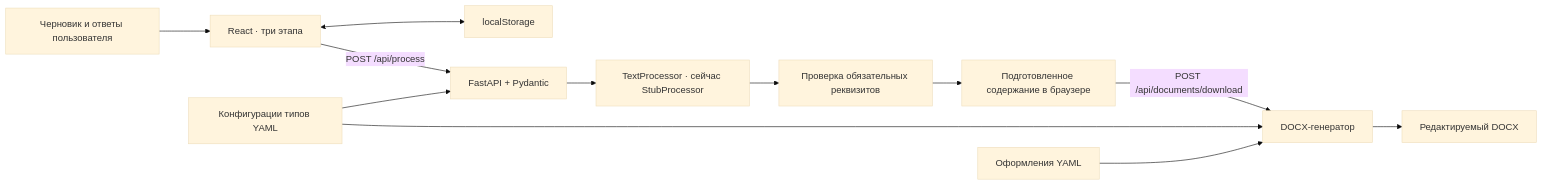
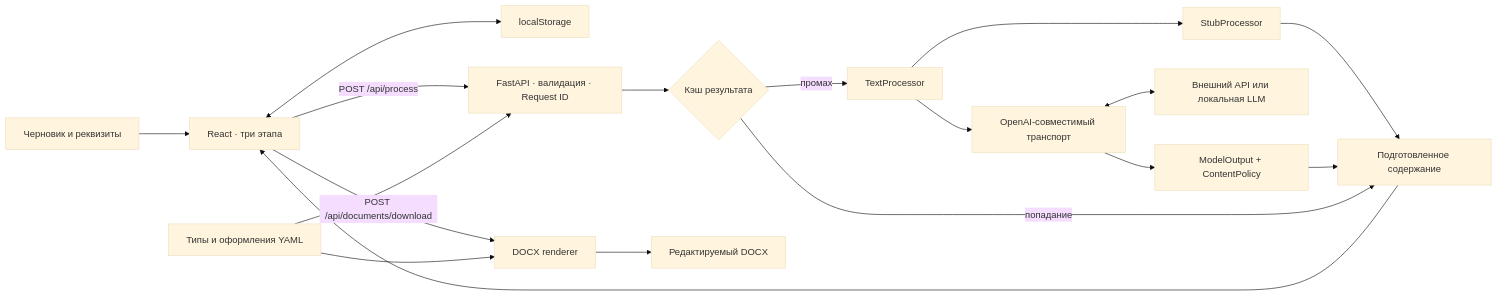
One commit to chebupeka/BRYANSK_BGITU_1 changed the diagram in docs/ARCHITECTURE.md. Above: the diagram before and after it, drawn with Mermaid (base theme). The commit also changed other lines of this file and 6 other files, not shown here.

````diff
--- a/docs/ARCHITECTURE.md
+++ b/docs/ARCHITECTURE.md
@@ -5,14 +5,20 @@
 ```mermaid
 flowchart LR
-  U[Черновик и ответы пользователя] --> UI[React · три этапа]
+  U[Черновик и реквизиты] --> UI[React · три этапа]
   UI <--> LS[localStorage]
-  UI -->|POST /api/process| API[FastAPI + Pydantic]
-  Y[Конфигурации типов YAML] --> API
-  API --> P[TextProcessor · сейчас StubProcessor]
-  P --> V[Проверка обязательных реквизитов]
-  V --> R[Подготовленное содержание в браузере]
-  R -->|POST /api/documents/download| G[DOCX-генератор]
+  UI -->|POST /api/process| API[FastAPI · валидация · Request ID]
+  API --> C{Кэш результата}
+  C -->|промах| P[TextProcessor]
+  P --> S[StubProcessor]
+  P --> L[OpenAI-совместимый транспорт]
+  L <--> M[Внешний API или локальная LLM]
+  L --> V[ModelOutput + ContentPolicy]
+  S --> R[Подготовленное содержание]
+  V --> R
+  C -->|попадание| R
+  R --> UI
+  UI -->|POST /api/documents/download| G[DOCX renderer]
+  Y[Типы и оформления YAML] --> API
   Y --> G
-  T[Оформления YAML] --> G
   G --> D[Редактируемый DOCX]
 ```
````
